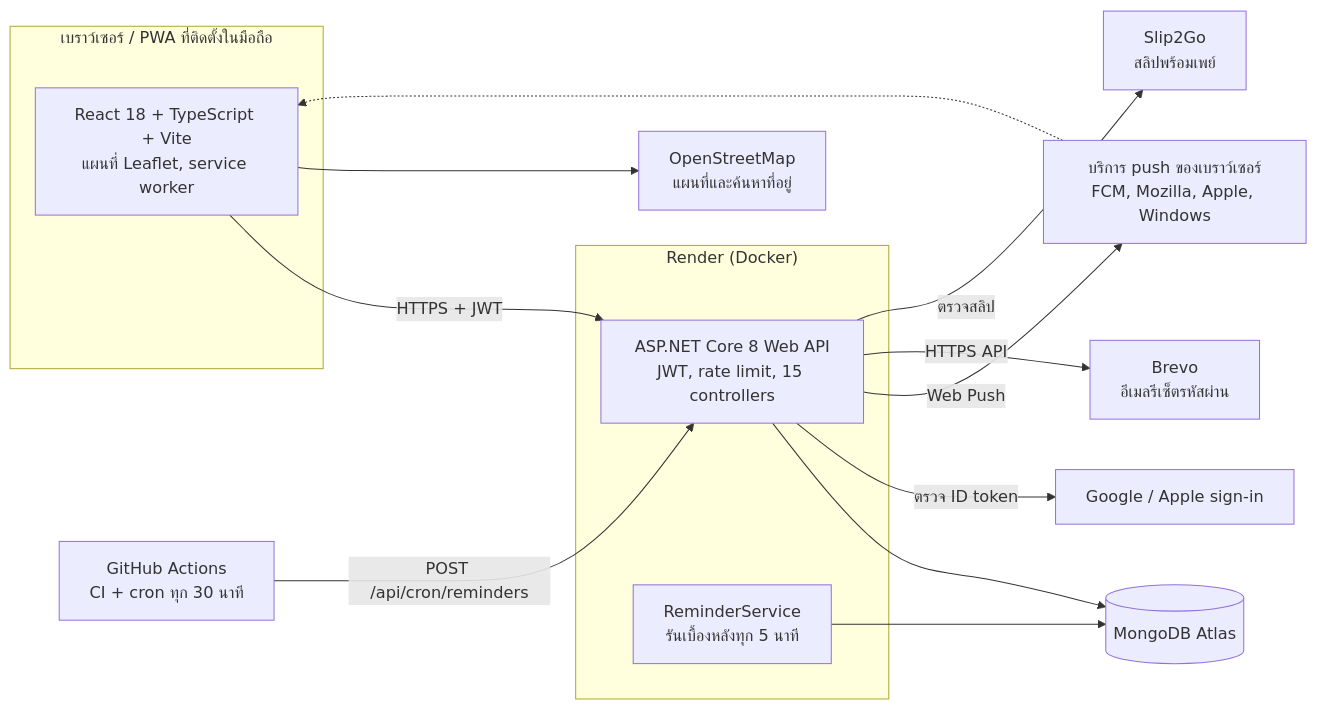
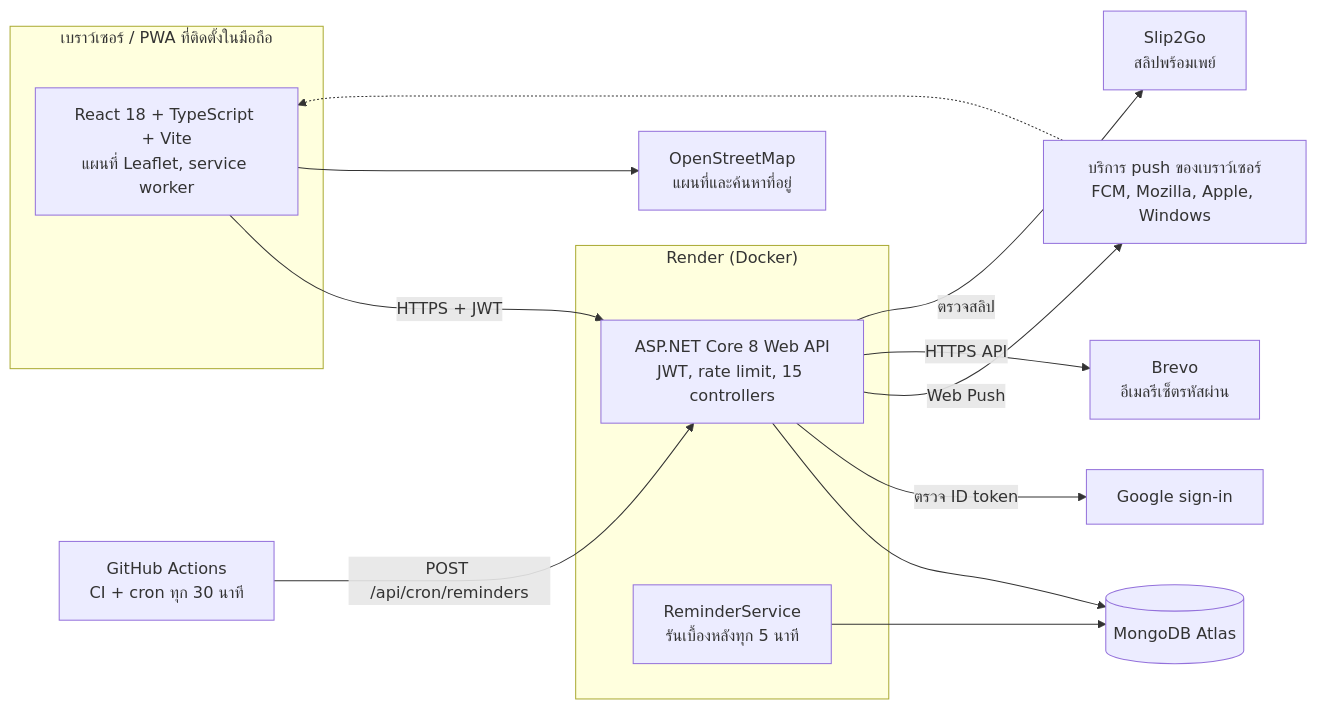
The first of 2 diagrams in README.md (namethzz/Air-clean-), drawn with Mermaid before and after one commit. The commit also changed other lines of this file and 20 other files, not shown here.

First line of the commit message:
Drop Sign in with Apple

````diff
--- a/README.md
+++ b/README.md
@@ -62,21 +62,21 @@
 ```mermaid
 flowchart LR
   subgraph Client["เบราว์เซอร์ / PWA ที่ติดตั้งในมือถือ"]
     SPA["React 18 + TypeScript + Vite<br/>แผนที่ Leaflet, service worker"]
   end
   subgraph Render["Render (Docker)"]
     API["ASP.NET Core 8 Web API<br/>JWT, rate limit, 15 controllers"]
     BG["ReminderService<br/>รันเบื้องหลังทุก 5 นาที"]
   end
   DB[("MongoDB Atlas")]
   SPA -- "HTTPS + JWT" --> API
   API --> DB
   BG --> DB
-  API -- "ตรวจ ID token" --> OIDC["Google / Apple sign-in"]
+  API -- "ตรวจ ID token" --> OIDC["Google sign-in"]
   API -- "Web Push" --> PUSH["บริการ push ของเบราว์เซอร์<br/>FCM, Mozilla, Apple, Windows"]
   PUSH -.-> SPA
   API -- "HTTPS API" --> MAIL["Brevo<br/>อีเมลรีเซ็ตรหัสผ่าน"]
   API -- "ตรวจสลิป" --> SLIP["Slip2Go<br/>สลิปพร้อมเพย์"]
   GHA["GitHub Actions<br/>CI + cron ทุก 30 นาที"] -- "POST /api/cron/reminders" --> API
   SPA --> OSM["OpenStreetMap<br/>แผนที่และค้นหาที่อยู่"]
 ```
````
